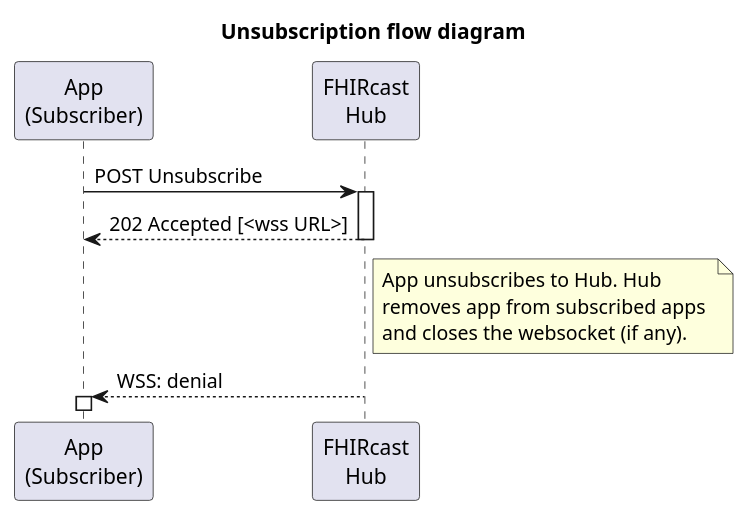
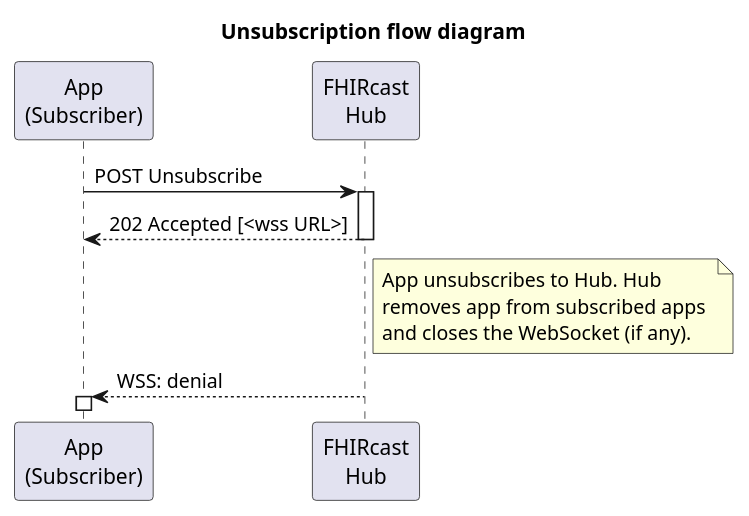
Before and after one commit to HL7/fhircast-docs: the diagram in input/images-source/UnsubscriptionSequence.plantuml, drawn with PlantUML.

Commit message:
correct capitalization

```diff
--- a/input/images-source/UnsubscriptionSequence.plantuml
+++ b/input/images-source/UnsubscriptionSequence.plantuml
@@ -1,19 +1,19 @@
 @startuml
 
 title Unsubscription flow diagram
 
 participant "App\n(Subscriber)" as Subscriber
 participant "FHIRcast\nHub" as Hub
 
 Subscriber -> Hub++: POST Unsubscribe
 Subscriber <-- Hub--: 202 Accepted [<wss URL>]
 
 note right of Hub
     App unsubscribes to Hub. Hub 
     removes app from subscribed apps 
-    and closes the websocket (if any).
+    and closes the WebSocket (if any).
 end note
 
 Hub --> Subscriber++: WSS: denial
 
 @enduml
```
